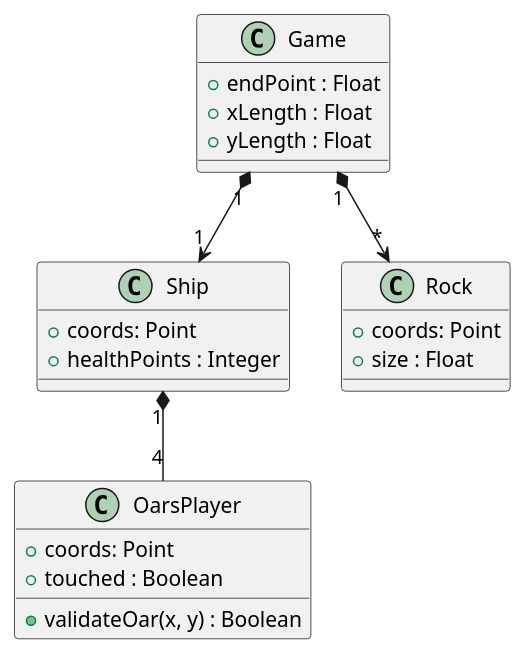
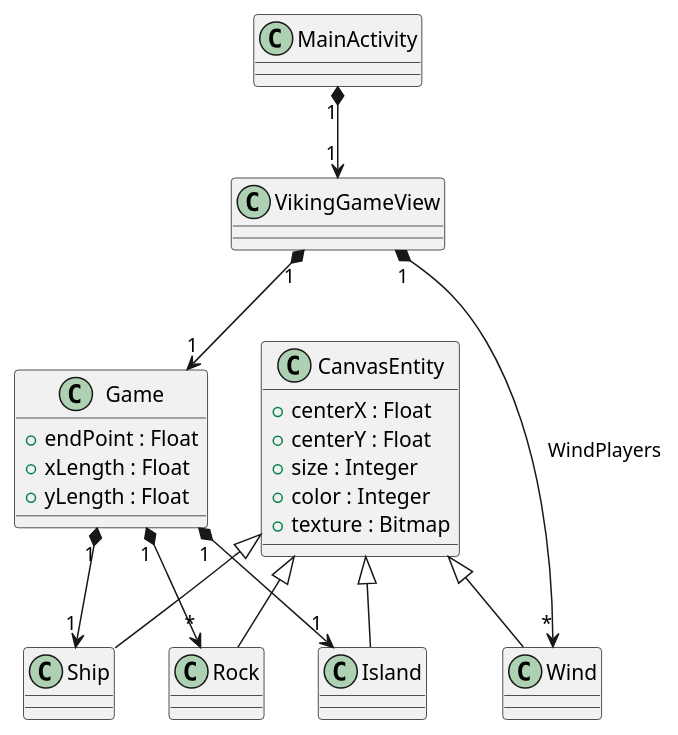
One commit to serpean/viking-ship changed the diagram in docs/game.puml. Above: the diagram before and after it, drawn with PlantUML. The commit also changed 17 other files, not shown here.

```diff
--- a/docs/game.puml
+++ b/docs/game.puml
@@ -1,28 +1,38 @@
 @startuml
 class Game {
     + endPoint : Float
     + xLength : Float
     + yLength : Float
 }
 
-class Ship {
-    + coords: Point
-    + healthPoints : Integer
+class CanvasEntity {
+    + centerX : Float
+    + centerY : Float
+    + size : Integer
+    + color : Integer
+    + texture : Bitmap
 }
 
-class Rock {
-    + coords: Point
-    + size : Float
+class Ship extends CanvasEntity {
 }
 
-class OarsPlayer {
-    + coords: Point
-    + touched : Boolean
-    + validateOar(x, y) : Boolean
+class Rock extends CanvasEntity {
 }
 
+class Island extends CanvasEntity {
+}
+
+class Wind extends CanvasEntity {
+}
+
+class VikingGameView
+
+MainActivity "1" *--> "1" VikingGameView
+VikingGameView "1" *--> "1" Game
+VikingGameView "1" *--> "*" Wind : WindPlayers
+
 Game "1" *--> "1" Ship
+Game "1" *--> "1" Island
 Game "1" *--> "*" Rock
 
-Ship "1" *-- "4" OarsPlayer
 @enduml
```
